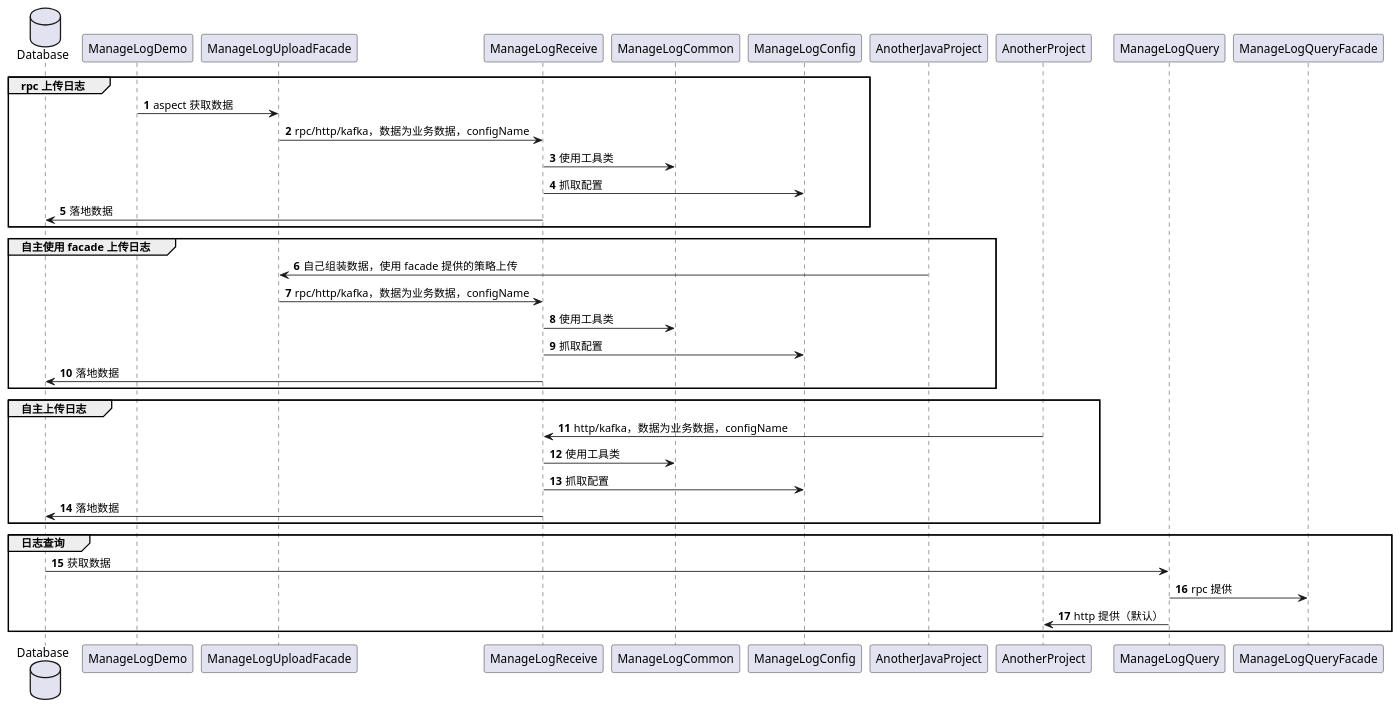
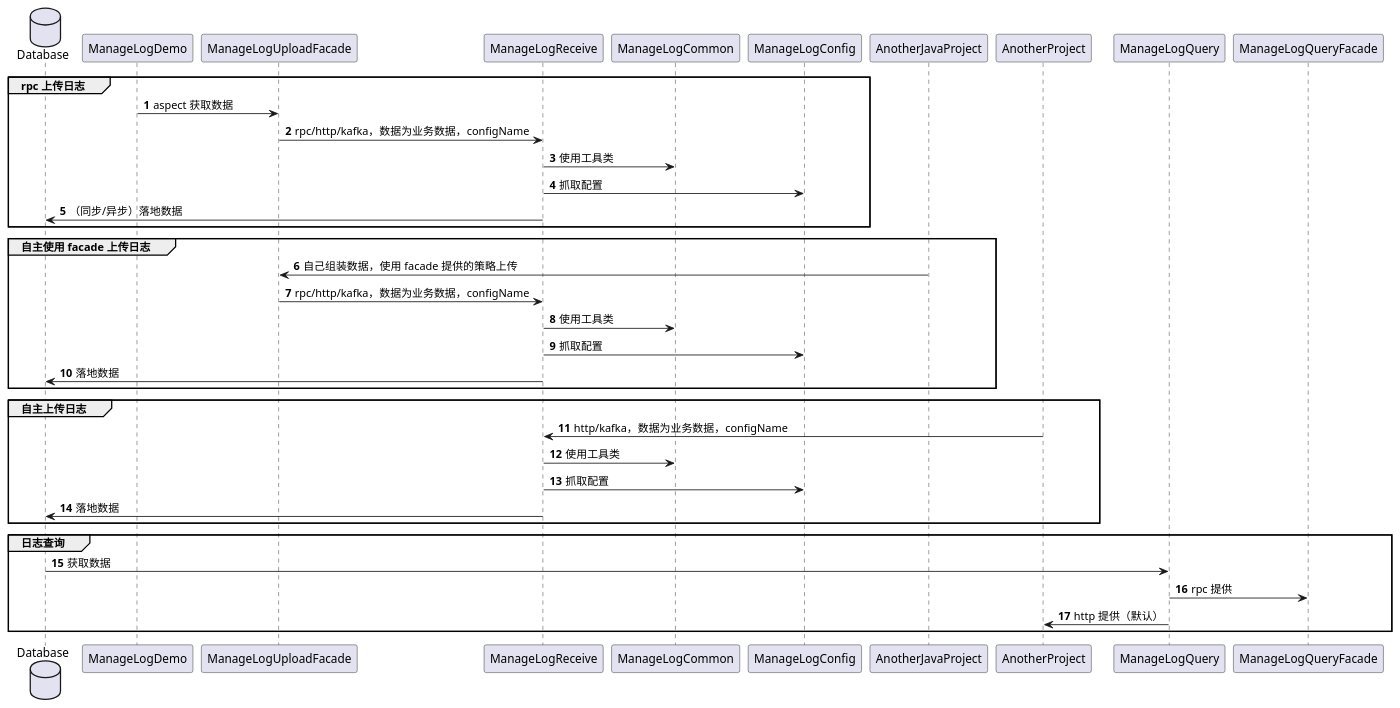
Before and after one commit to cartoonYu/ManageYourLog: the diagram in struct/Struct.puml, drawn with PlantUML. The commit also changed 33 other files, not shown here.

```diff
--- a/struct/Struct.puml
+++ b/struct/Struct.puml
@@ -1,34 +1,34 @@
 @startuml
 'https://plantuml.com/sequence-diagram
 database Database as ManageLog
 autonumber
 
 group rpc 上传日志
 ManageLogDemo -> ManageLogUploadFacade: aspect 获取数据
 ManageLogUploadFacade -> ManageLogReceive: rpc/http/kafka，数据为业务数据，configName
 ManageLogReceive -> ManageLogCommon: 使用工具类
 ManageLogReceive -> ManageLogConfig: 抓取配置
-ManageLogReceive -> ManageLog: 落地数据
+ManageLogReceive -> ManageLog: （同步/异步）落地数据
 end
 
 group 自主使用 facade 上传日志
 AnotherJavaProject -> ManageLogUploadFacade: 自己组装数据，使用 facade 提供的策略上传
 ManageLogUploadFacade -> ManageLogReceive: rpc/http/kafka，数据为业务数据，configName
 ManageLogReceive -> ManageLogCommon: 使用工具类
 ManageLogReceive -> ManageLogConfig: 抓取配置
 ManageLogReceive -> ManageLog: 落地数据
 end
 
 group 自主上传日志
 AnotherProject -> ManageLogReceive: http/kafka，数据为业务数据，configName
 ManageLogReceive -> ManageLogCommon: 使用工具类
 ManageLogReceive -> ManageLogConfig: 抓取配置
 ManageLogReceive -> ManageLog: 落地数据
 end
 
 group 日志查询
 ManageLog -> ManageLogQuery: 获取数据
 ManageLogQuery -> ManageLogQueryFacade: rpc 提供
 ManageLogQuery -> AnotherProject: http 提供（默认）
 end
 @enduml
```
